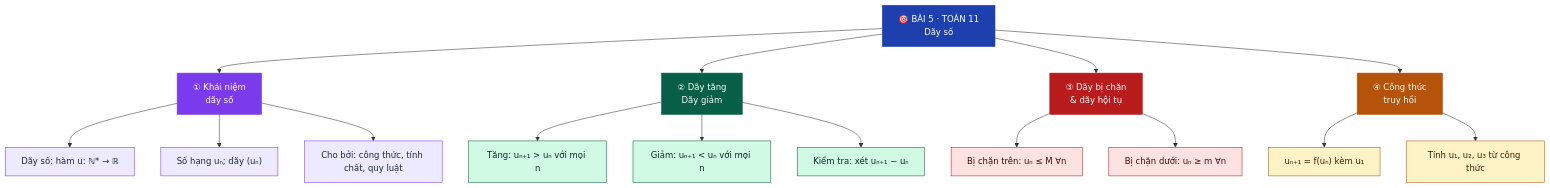
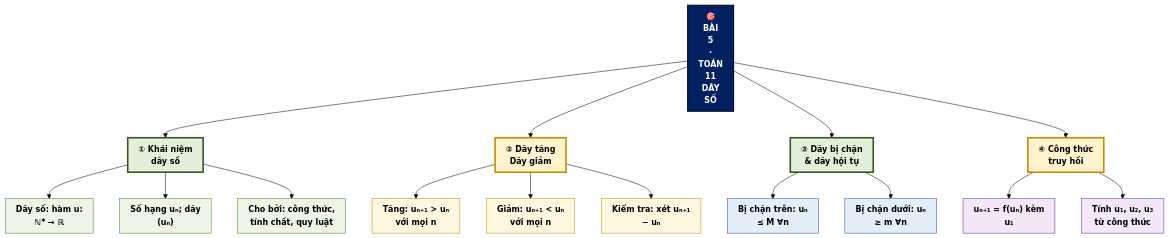
Diagram 16 of 30 in README.md (Trangtu66/Taode_thi_online), drawn with Mermaid before and after one commit. The commit also changed other lines of this file and 299 other files, not shown here.

````diff
--- a/README.md
+++ b/README.md
@@ -611,32 +672,35 @@
 ```mermaid
+%%{init: {"theme": "base", "htmlLabels": true, "flowchart": {"htmlLabels": true, "padding": 10, "curve": "basis"}, "themeVariables": {"fontSize": "15px"}}}%%
 graph TD
-    G["🎯 BÀI 5 · TOÁN 11<br/>Dãy số"]:::root
+    G["🎯<BR/>BÀI<BR/>5<BR/>·<BR/>TOÁN<BR/>11<BR/>DÃY<BR/>SỐ"]:::root
     G --> A["① Khái niệm<br/>dãy số"]:::n1
     G --> B["② Dãy tăng<br/>Dãy giảm"]:::n2
     G --> C["③ Dãy bị chặn<br/>& dãy hội tụ"]:::n3
     G --> D["④ Công thức<br/>truy hồi"]:::n4
 
-    A --> A1["Dãy số: hàm u: ℕ* → ℝ"]:::l1
-    A --> A2["Số hạng uₙ; dãy (uₙ)"]:::l1
-    A --> A3["Cho bởi: công thức, tính chất, quy luật"]:::l1
+    A --> A1["Dãy số: hàm u:<br/>ℕ* → ℝ"]:::l1
+    A --> A2["Số hạng uₙ; dãy<br/>(uₙ)"]:::l1
+    A --> A3["Cho bởi: công thức,<br/>tính chất, quy luật"]:::l1
 
-    B --> B1["Tăng: uₙ₊₁ > uₙ với mọi n"]:::l2
-    B --> B2["Giảm: uₙ₊₁ < uₙ với mọi n"]:::l2
-    B --> B3["Kiểm tra: xét uₙ₊₁ − uₙ"]:::l2
+    B --> B1["Tăng: uₙ₊₁ > uₙ<br/>với mọi n"]:::l2
+    B --> B2["Giảm: uₙ₊₁ < uₙ<br/>với mọi n"]:::l2
+    B --> B3["Kiểm tra: xét uₙ₊₁<br/>− uₙ"]:::l2
 
-    C --> C1["Bị chặn trên: uₙ ≤ M ∀n"]:::l3
-    C --> C2["Bị chặn dưới: uₙ ≥ m ∀n"]:::l3
+    C --> C1["Bị chặn trên: uₙ<br/>≤ M ∀n"]:::l3
+    C --> C2["Bị chặn dưới: uₙ<br/>≥ m ∀n"]:::l3
 
-    D --> D1["uₙ₊₁ = f(uₙ) kèm u₁"]:::l4
-    D --> D2["Tính u₁, u₂, u₃ từ công thức"]:::l4
+    D --> D1["uₙ₊₁ = f(uₙ) kèm<br/>u₁"]:::l4
+    D --> D2["Tính u₁, u₂, u₃<br/>từ công thức"]:::l4
 
-    classDef root fill:#1E40AF,color:#fff,stroke:#1E40AF
-    classDef n1 fill:#7C3AED,color:#fff,stroke:#7C3AED
-    classDef n2 fill:#065F46,color:#fff,stroke:#065F46
-    classDef n3 fill:#B91C1C,color:#fff,stroke:#B91C1C
-    classDef n4 fill:#B45309,color:#fff,stroke:#B45309
-    classDef l1 fill:#EDE9FE,color:#1E293B,stroke:#7C3AED
-    classDef l2 fill:#D1FAE5,color:#022c22,stroke:#065F46
-    classDef l3 fill:#FEE2E2,color:#450a0a,stroke:#B91C1C
-    classDef l4 fill:#FEF3C7,color:#451a03,stroke:#B45309
+    classDef root fill:#002060,color:#FFFFFF,stroke:#000B1E,stroke-width:2px,font-weight:bold
+    classDef n1 fill:#E2EFDA,color:#000000,stroke:#375623,stroke-width:3px,font-weight:bold
+    classDef n2 fill:#FFF2CC,color:#000000,stroke:#BF8F00,stroke-width:3px,font-weight:bold
+    classDef n3 fill:#E2EFDA,color:#000000,stroke:#375623,stroke-width:3px,font-weight:bold
+    classDef n4 fill:#FFF2CC,color:#000000,stroke:#BF8F00,stroke-width:3px,font-weight:bold
+    classDef n5 fill:#E2EFDA,color:#000000,stroke:#375623,stroke-width:3px,font-weight:bold
+    classDef l1 fill:#EDF5E8,color:#000000,stroke:#548235
+    classDef l2 fill:#FFF8E1,color:#000000,stroke:#BF8F00
+    classDef l3 fill:#E3EEF9,color:#000000,stroke:#2F5597
+    classDef l4 fill:#F3E8F7,color:#000000,stroke:#7030A0
+    classDef l5 fill:#FDE9E1,color:#000000,stroke:#C55A11
 ```
````
